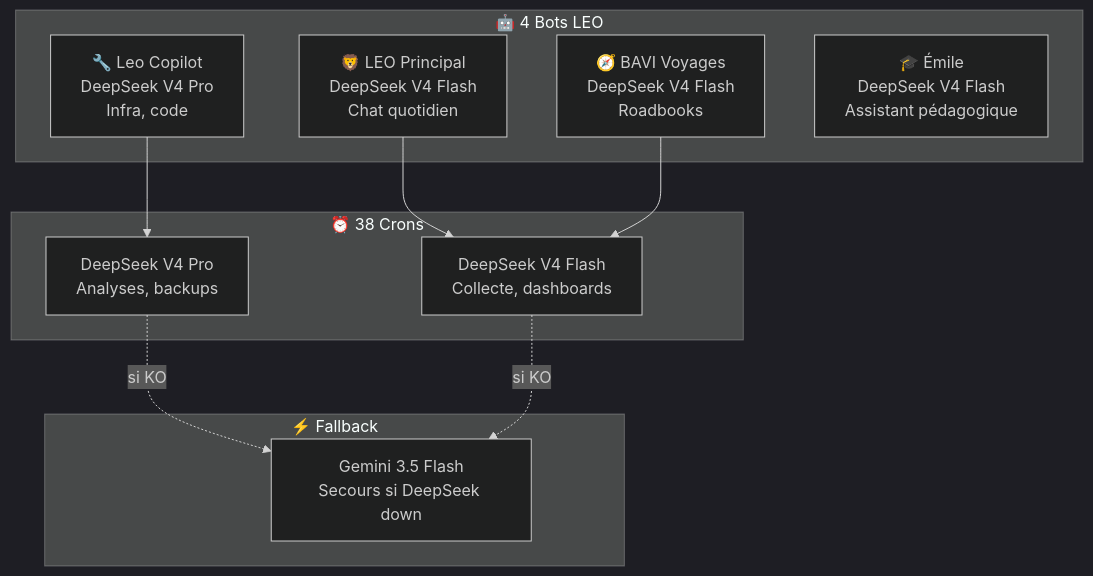
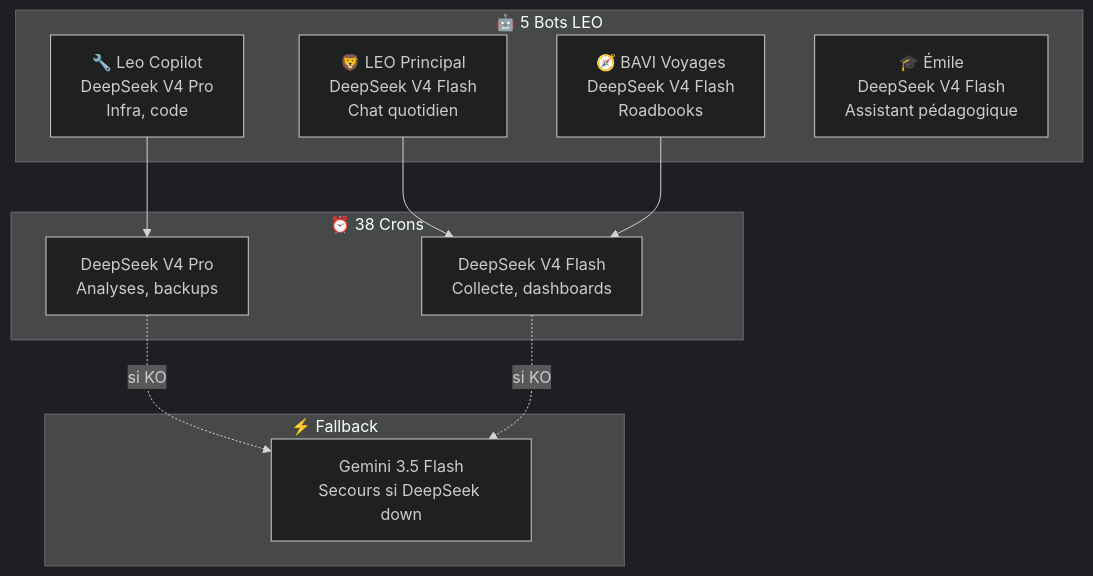
Before and after one commit to christophedanhier-hash/hermes-wiki: the third of 3 diagrams in docs/hermes/decisions/pourquoi-deepseek-pas-gemini.md, drawn with Mermaid (dark theme). The commit also changed 15 other files, not shown here.

````diff
--- a/docs/hermes/decisions/pourquoi-deepseek-pas-gemini.md
+++ b/docs/hermes/decisions/pourquoi-deepseek-pas-gemini.md
@@ -132,22 +132,22 @@
 ```mermaid
 flowchart TB
-    subgraph BOTS["🤖 4 Bots LEO"]
+    subgraph BOTS["🤖 5 Bots LEO"]
         MAIN["🦁 LEO Principal\nDeepSeek V4 Flash\nChat quotidien"]
         COPILOT["🔧 Leo Copilot\nDeepSeek V4 Pro\nInfra, code"]
         BAVI["🧭 BAVI Voyages\nDeepSeek V4 Flash\nRoadbooks"]
         EMILE["🎓 Émile\nDeepSeek V4 Flash\nAssistant pédagogique"]
     end
 
     subgraph BACKUP["⚡ Fallback"]
         GEMINI["Gemini 3.5 Flash\nSecours si DeepSeek down"]
     end
 
     subgraph CRONS["⏰ 38 Crons"]
         DS_PRO["DeepSeek V4 Pro\nAnalyses, backups"]
         DS_FLASH["DeepSeek V4 Flash\nCollecte, dashboards"]
     end
 
     MAIN & BAVI --> DS_FLASH
     COPILOT --> DS_PRO
     DS_PRO & DS_FLASH -.->|si KO| GEMINI
 ```
````
